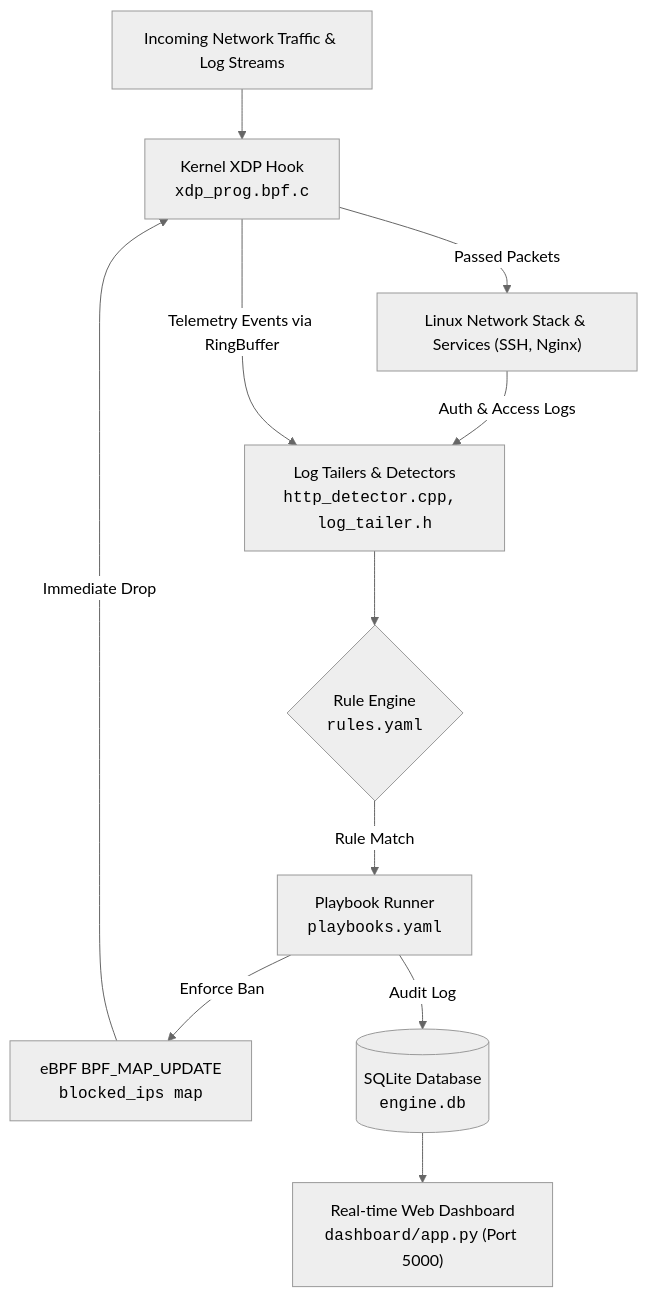
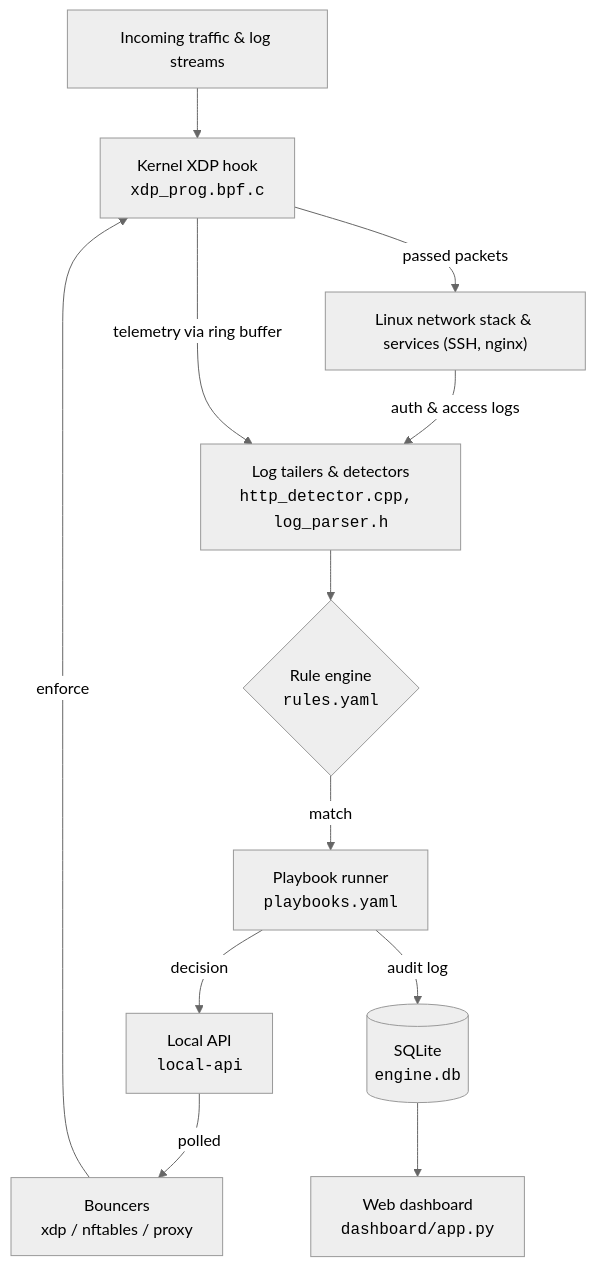
Before and after one commit to spike787/xdp-engine: the diagram in README.md, drawn with Mermaid (neutral theme). The commit also changed other lines of this file and 5 other files, not shown here.

````diff
--- a/README.md
+++ b/README.md
@@ -58,13 +33,14 @@
 ```mermaid
 flowchart TD
-    A["Incoming Network Traffic & Log Streams"] --> B["Kernel XDP Hook<br><code>xdp_prog.bpf.c</code>"]
-    B -->|Passed Packets| C["Linux Network Stack & Services (SSH, Nginx)"]
-    C -->|Auth & Access Logs| D["Log Tailers & Detectors<br><code>http_detector.cpp, log_tailer.h</code>"]
-    B -->|Telemetry Events via RingBuffer| D
-    D --> E{"Rule Engine<br><code>rules.yaml</code>"}
-    E -->|Rule Match| F["Playbook Runner<br><code>playbooks.yaml</code>"]
-    F -->|Enforce Ban| G["eBPF BPF_MAP_UPDATE<br><code>blocked_ips map</code>"]
-    G -->|Immediate Drop| B
-    F -->|Audit Log| H[("SQLite Database<br><code>engine.db</code>")]
-    H --> I["Real-time Web Dashboard<br><code>dashboard/app.py</code> (Port 5000)"]
+    A["Incoming traffic & log streams"] --> B["Kernel XDP hook<br><code>xdp_prog.bpf.c</code>"]
+    B -->|passed packets| C["Linux network stack & services (SSH, nginx)"]
+    C -->|auth & access logs| D["Log tailers & detectors<br><code>http_detector.cpp, log_parser.h</code>"]
+    B -->|telemetry via ring buffer| D
+    D --> E{"Rule engine<br><code>rules.yaml</code>"}
+    E -->|match| F["Playbook runner<br><code>playbooks.yaml</code>"]
+    F -->|decision| G["Local API<br><code>local-api</code>"]
+    G -->|polled| H["Bouncers<br>xdp / nftables / proxy"]
+    H -->|enforce| B
+    F -->|audit log| I[("SQLite<br><code>engine.db</code>")]
+    I --> J["Web dashboard<br><code>dashboard/app.py</code>"]
 ```
````
